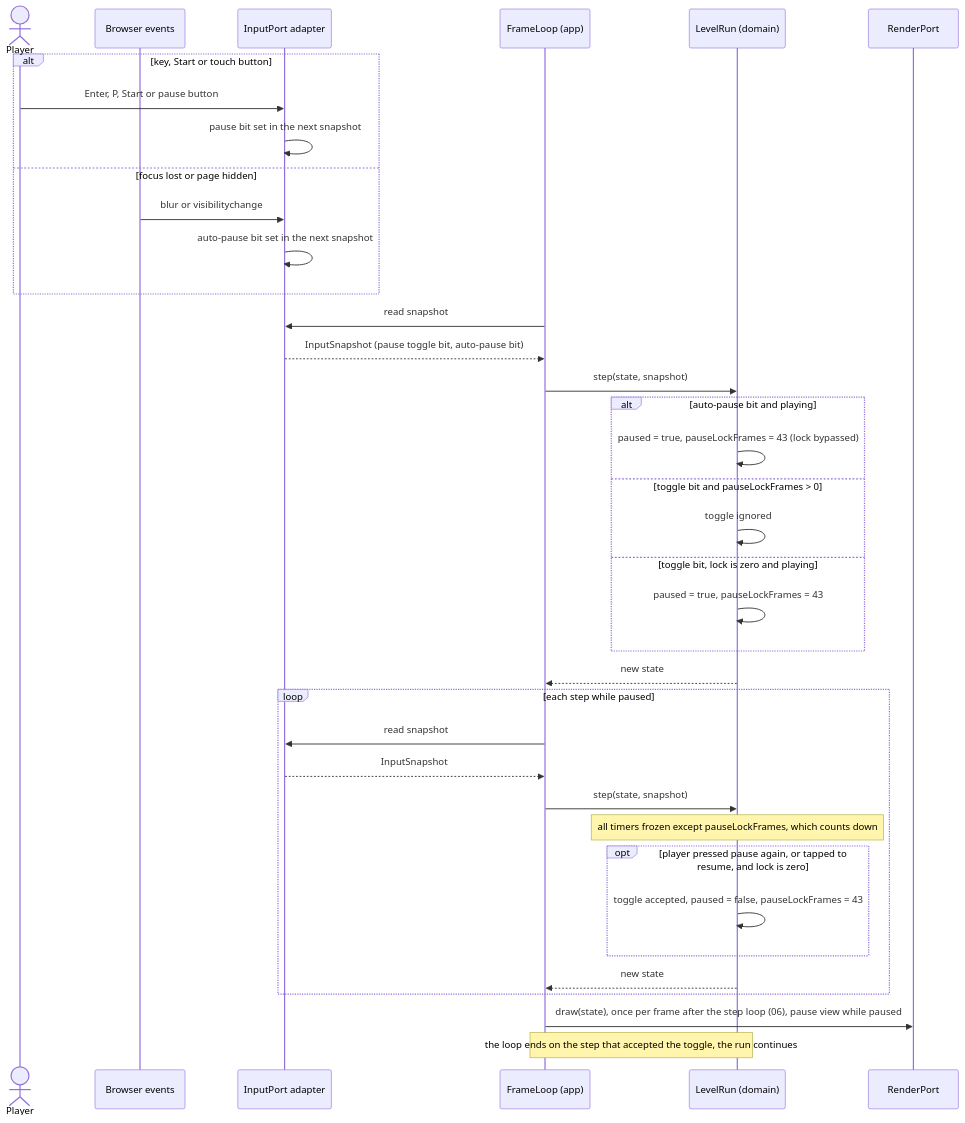
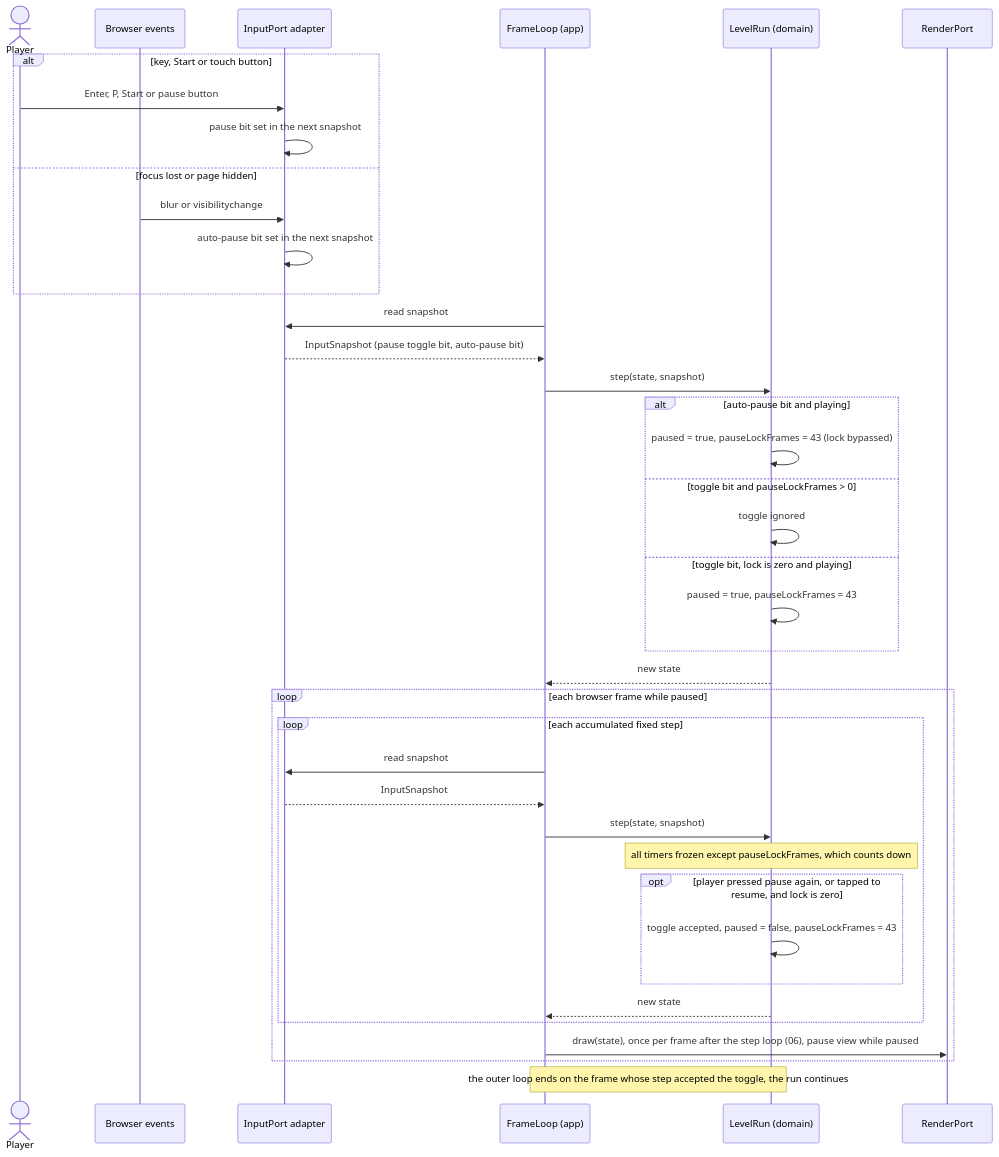
One commit to benoit-bremaud/retro-plumber changed the diagram in docs/architecture/diagrams/gameplay/14-sequence-pause-resume.md. Above: the diagram before and after it, drawn with Mermaid.

Commit message:
docs(uml): draw the pause view each paused frame in sequence 14 (#7)

````diff
--- a/docs/architecture/diagrams/gameplay/14-sequence-pause-resume.md
+++ b/docs/architecture/diagrams/gameplay/14-sequence-pause-resume.md
@@ -14,39 +14,41 @@
 ```mermaid
 sequenceDiagram
     actor P as Player
     participant Br as Browser events
     participant In as InputPort adapter
     participant FL as FrameLoop (app)
     participant LR as LevelRun (domain)
     participant Out as RenderPort
     alt key, Start or touch button
         P->>In: Enter, P, Start or pause button
         In->>In: pause bit set in the next snapshot
     else focus lost or page hidden
         Br->>In: blur or visibilitychange
         In->>In: auto-pause bit set in the next snapshot
     end
     FL->>In: read snapshot
     In-->>FL: InputSnapshot (pause toggle bit, auto-pause bit)
     FL->>LR: step(state, snapshot)
     alt auto-pause bit and playing
         LR->>LR: paused = true, pauseLockFrames = 43 (lock bypassed)
     else toggle bit and pauseLockFrames > 0
         LR->>LR: toggle ignored
     else toggle bit, lock is zero and playing
         LR->>LR: paused = true, pauseLockFrames = 43
     end
     LR-->>FL: new state
-    loop each step while paused
-        FL->>In: read snapshot
-        In-->>FL: InputSnapshot
-        FL->>LR: step(state, snapshot)
-        Note over LR: all timers frozen except pauseLockFrames, which counts down
-        opt player pressed pause again, or tapped to resume, and lock is zero
-            LR->>LR: toggle accepted, paused = false, pauseLockFrames = 43
+    loop each browser frame while paused
+        loop each accumulated fixed step
+            FL->>In: read snapshot
+            In-->>FL: InputSnapshot
+            FL->>LR: step(state, snapshot)
+            Note over LR: all timers frozen except pauseLockFrames, which counts down
+            opt player pressed pause again, or tapped to resume, and lock is zero
+                LR->>LR: toggle accepted, paused = false, pauseLockFrames = 43
+            end
+            LR-->>FL: new state
         end
-        LR-->>FL: new state
+        FL->>Out: draw(state), once per frame after the step loop (06), pause view while paused
     end
-    FL->>Out: draw(state), once per frame after the step loop (06), pause view while paused
-    Note over FL,LR: the loop ends on the step that accepted the toggle, the run continues
+    Note over FL,LR: the outer loop ends on the frame whose step accepted the toggle, the run continues
 ```
````
